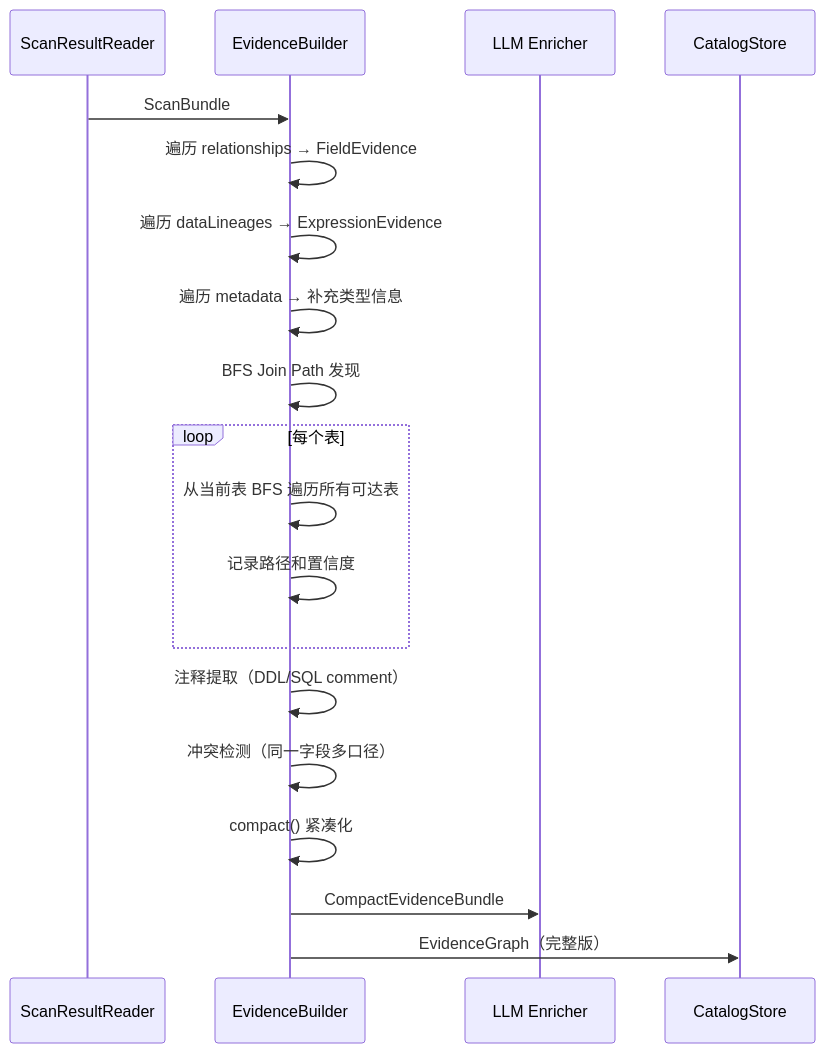
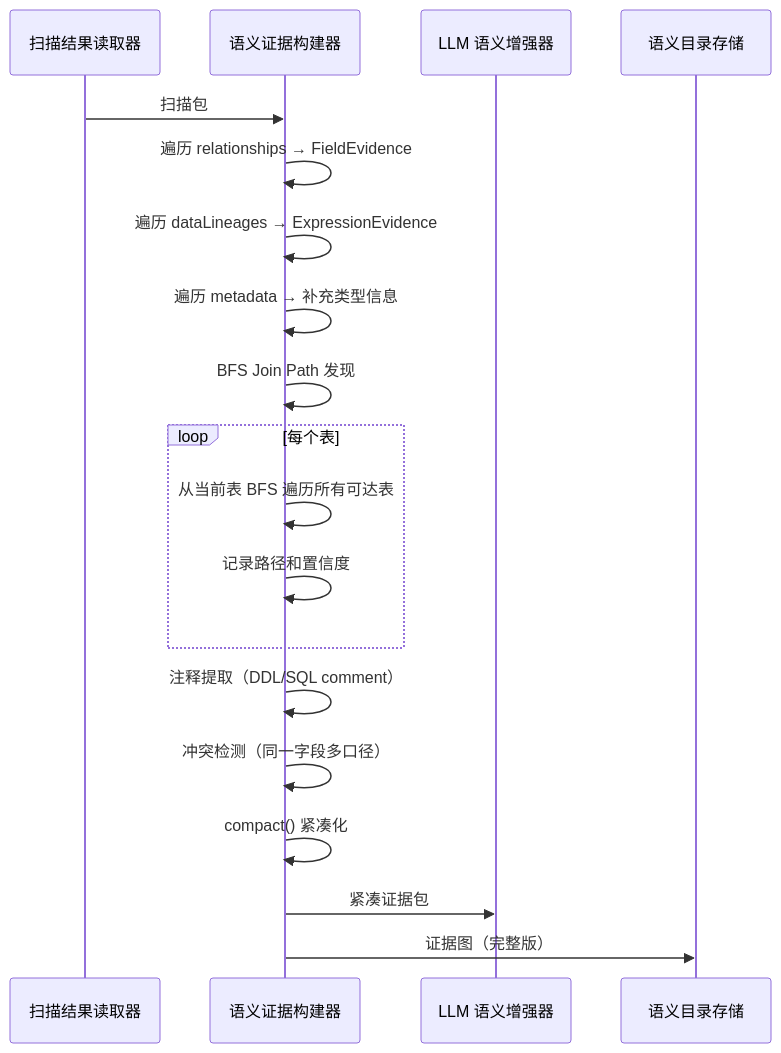
Before and after one commit to xiaoguang/relation-detector: the third of 4 diagrams in docs/design/semantic-layer/02-semantic-evidence-builder.md, drawn with Mermaid. The commit also changed other lines of this file and 14 other files, not shown here.

````diff
--- a/docs/design/semantic-layer/02-semantic-evidence-builder.md
+++ b/docs/design/semantic-layer/02-semantic-evidence-builder.md
@@ -339,22 +385,22 @@
 ```mermaid
 sequenceDiagram
-    participant SR as ScanResultReader
-    participant EB as EvidenceBuilder
-    participant LLM as LLM Enricher
-    participant CS as CatalogStore
+    participant SR as 扫描结果读取器
+    participant EB as 语义证据构建器
+    participant LLM as LLM 语义增强器
+    participant CS as 语义目录存储
 
-    SR->>EB: ScanBundle
+    SR->>EB: 扫描包
     EB->>EB: 遍历 relationships → FieldEvidence
     EB->>EB: 遍历 dataLineages → ExpressionEvidence
     EB->>EB: 遍历 metadata → 补充类型信息
     EB->>EB: BFS Join Path 发现
     loop 每个表
         EB->>EB: 从当前表 BFS 遍历所有可达表
         EB->>EB: 记录路径和置信度
     end
     EB->>EB: 注释提取（DDL/SQL comment）
     EB->>EB: 冲突检测（同一字段多口径）
     EB->>EB: compact() 紧凑化
-    EB->>LLM: CompactEvidenceBundle
-    EB->>CS: EvidenceGraph（完整版）
+    EB->>LLM: 紧凑证据包
+    EB->>CS: 证据图（完整版）
 ```
````
